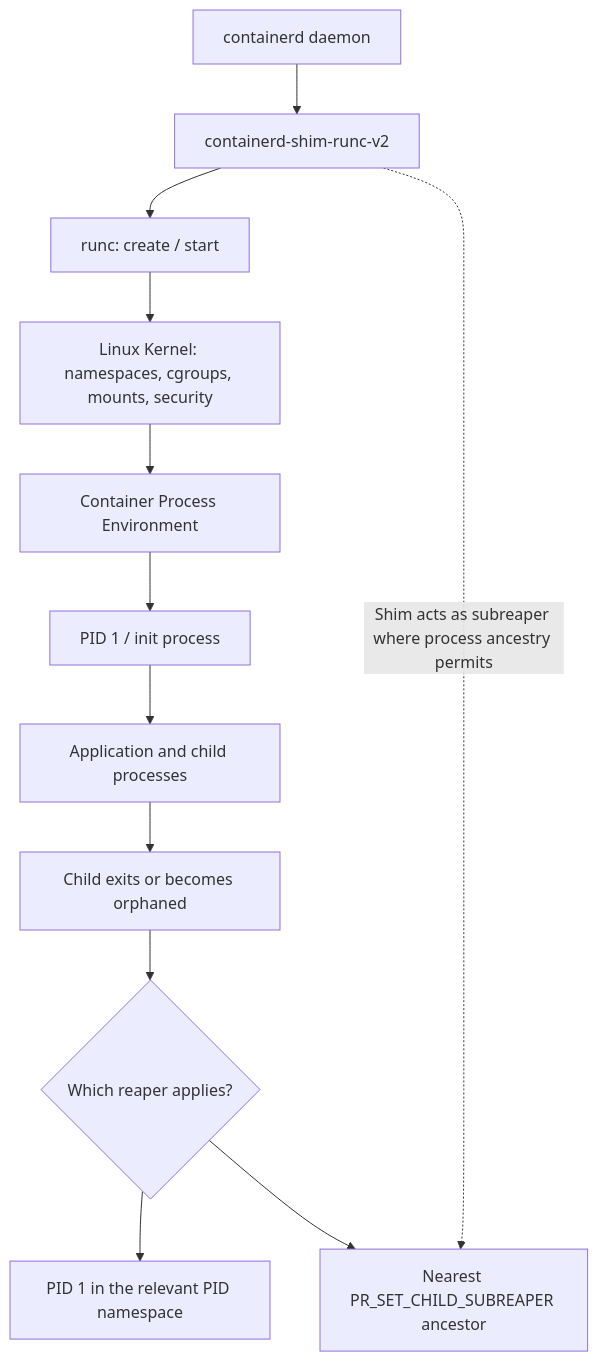
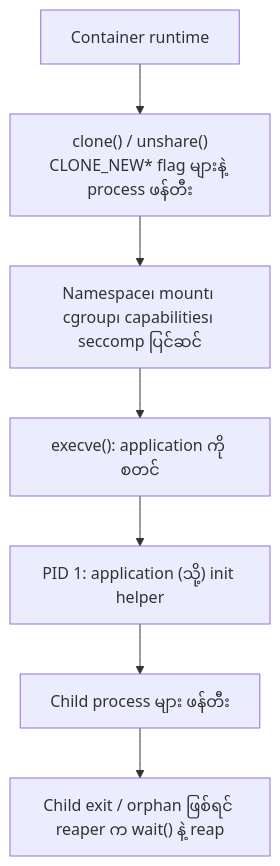
One commit to yul1ux/linux-containers-under-the-hood changed the ninth of 9 diagrams in docs/part-01-fundamentals/chapter-02-linux-processes-and-system-calls.md. Above: the diagram before and after it, drawn with Mermaid. The commit also changed other lines of this file, not shown here.

````diff
--- a/docs/part-01-fundamentals/chapter-02-linux-processes-and-system-calls.md
+++ b/docs/part-01-fundamentals/chapter-02-linux-processes-and-system-calls.md
@@ -536,14 +392,9 @@
 ```mermaid
 flowchart TD
-    A["containerd daemon"] --> B["containerd-shim-runc-v2"]
-    B --> C["runc: create / start"]
-    C --> D["Linux Kernel: namespaces, cgroups, mounts, security"]
-    D --> E["Container Process Environment"]
-    E --> F["PID 1 / init process"]
-    F --> G["Application and child processes"]
-    G --> H["Child exits or becomes orphaned"]
-    H --> I{"Which reaper applies?"}
-    I --> J["PID 1 in the relevant PID namespace"]
-    I --> K["Nearest PR_SET_CHILD_SUBREAPER ancestor"]
-    B -. "Shim acts as subreaper where process ancestry permits" .-> K
+  A["Container runtime"] --> B["clone() / unshare()<br/>CLONE_NEW* flag များနဲ့ process ဖန်တီး"]
+  B --> C["Namespace၊ mount၊ cgroup၊ capabilities၊ seccomp ပြင်ဆင်"]
+  C --> D["execve(): application ကို စတင်"]
+  D --> E["PID 1: application (သို့) init helper"]
+  E --> F["Child process များ ဖန်တီး"]
+  F --> G["Child exit / orphan ဖြစ်ရင် reaper က wait() နဲ့ reap"]
 ```
````
